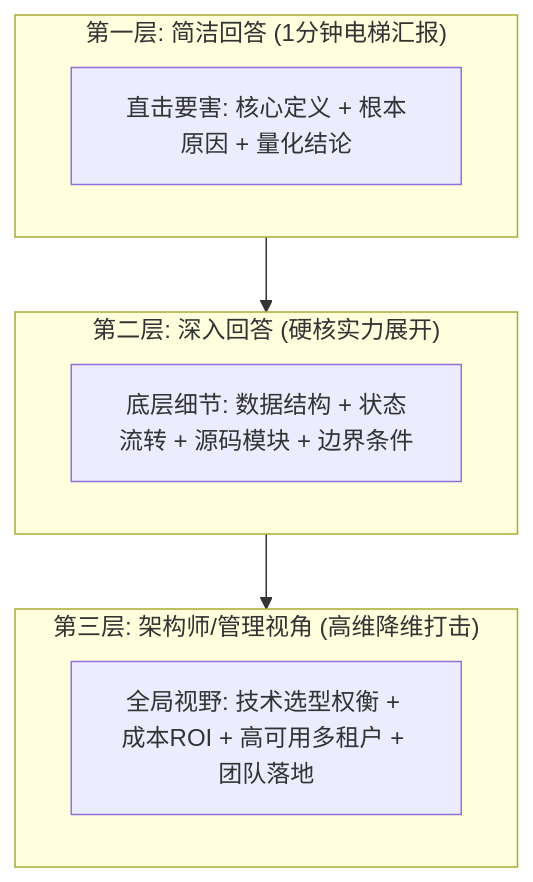
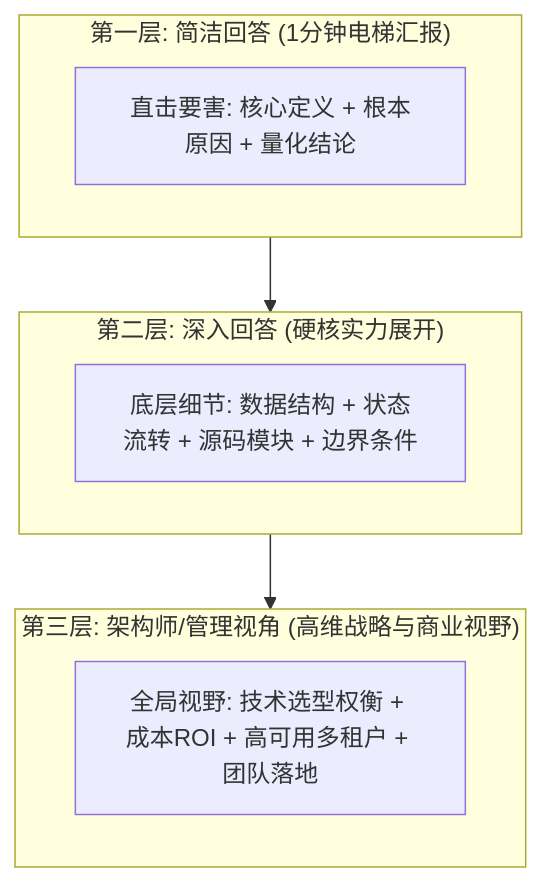
One commit to tieke1121/tech-interview-knowledge-base changed the second of 2 diagrams in 00-foundations/01-interview-mindset.md. Above: the diagram before and after it, drawn with Mermaid. The commit also changed other lines of this file and 52 other files, not shown here.

````diff
--- a/00-foundations/01-interview-mindset.md
+++ b/00-foundations/01-interview-mindset.md
@@ -49,13 +50,13 @@
 ```mermaid
 flowchart TD
     subgraph Level1["第一层: 简洁回答 (1分钟电梯汇报)"]
         L1["直击要害: 核心定义 + 根本原因 + 量化结论"]
     end
     subgraph Level2["第二层: 深入回答 (硬核实力展开)"]
         L2["底层细节: 数据结构 + 状态流转 + 源码模块 + 边界条件"]
     end
-    subgraph Level3["第三层: 架构师/管理视角 (高维降维打击)"]
+    subgraph Level3["第三层: 架构师/管理视角 (高维战略与商业视野)"]
         L3["全局视野: 技术选型权衡 + 成本ROI + 高可用多租户 + 团队落地"]
     end
     Level1 --> Level2 --> Level3
 ```
````
